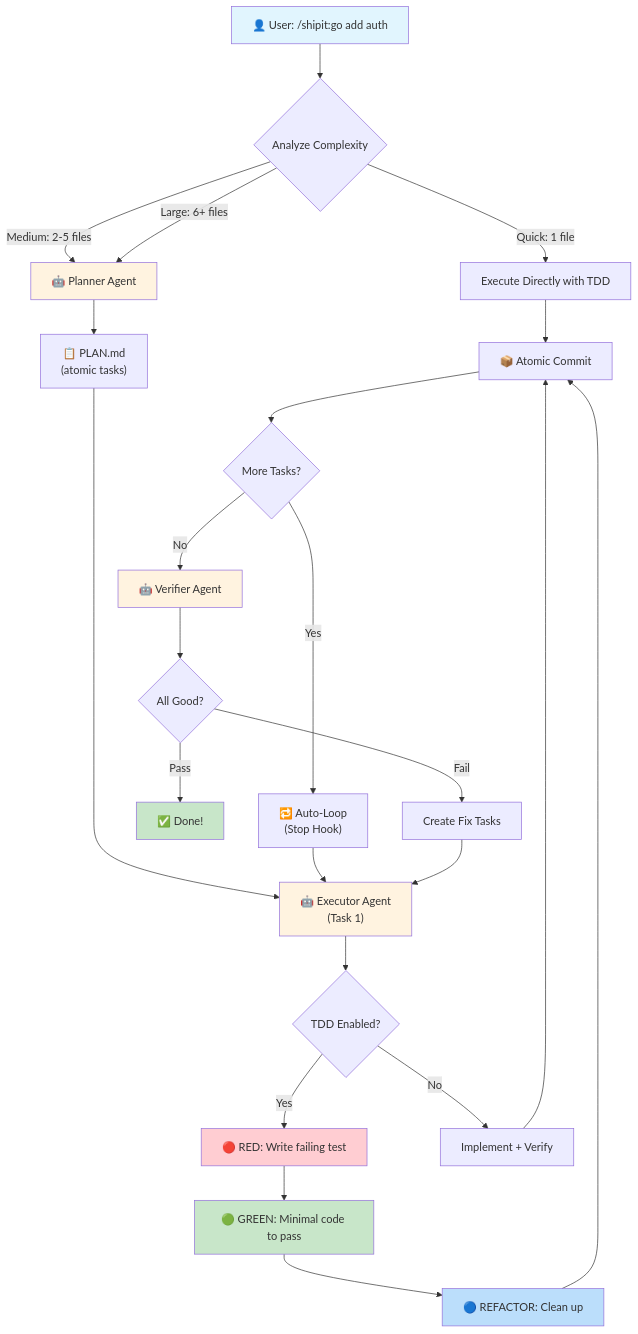
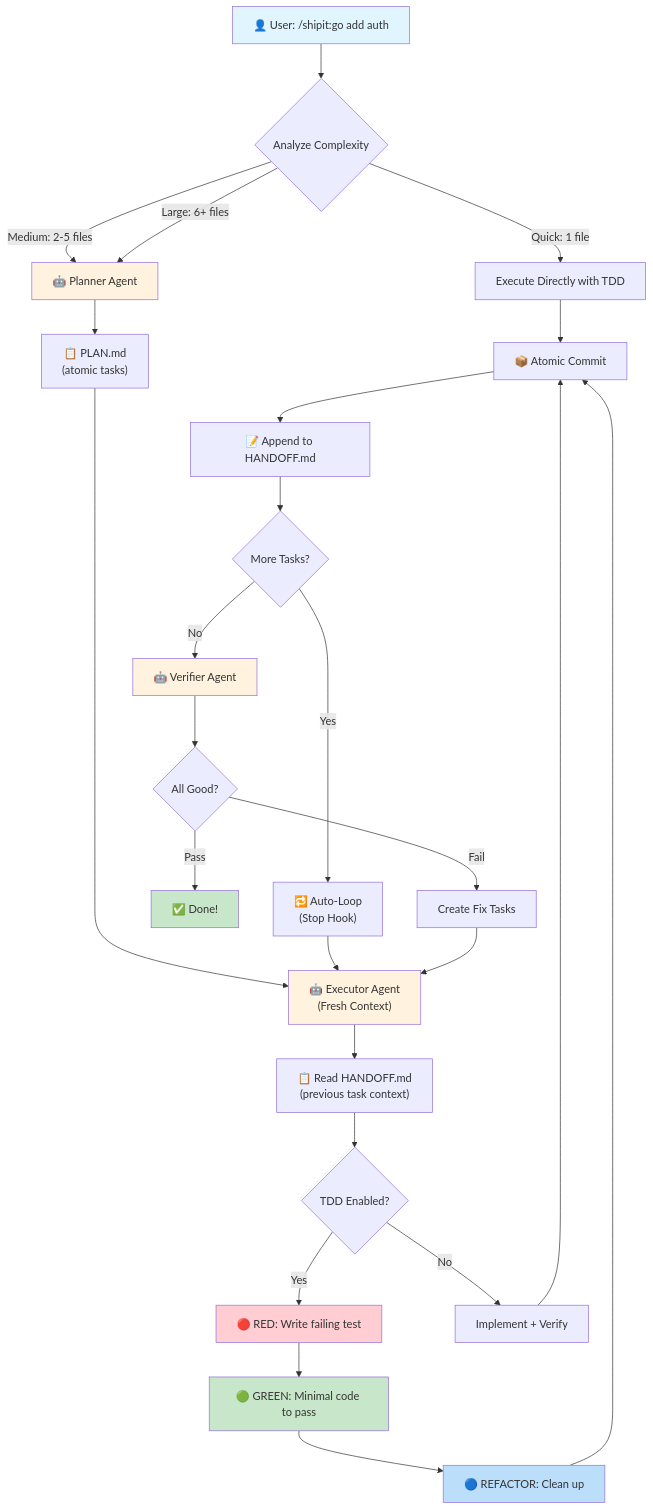
Before and after one commit to praful011/shipit: the first of 5 diagrams in README.md, drawn with Mermaid. The commit also changed other lines of this file and 5 other files, not shown here.

First line of the commit message:
feat: add HANDOFF.md for cross-task context sharing and loop context display

````diff
--- a/README.md
+++ b/README.md
@@ -325,36 +329,38 @@
 ```mermaid
 flowchart TD
     A["👤 User: /shipit:go add auth"] --> B{"Analyze Complexity"}
     B -->|Quick: 1 file| C["Execute Directly with TDD"]
     B -->|Medium: 2-5 files| D["🤖 Planner Agent"]
     B -->|Large: 6+ files| D
 
     D --> E["📋 PLAN.md\n(atomic tasks)"]
-    E --> F["🤖 Executor Agent\n(Task 1)"]
-    F --> G{"TDD Enabled?"}
+    E --> F["🤖 Executor Agent\n(Fresh Context)"]
+    F --> F0["📋 Read HANDOFF.md\n(previous task context)"]
+    F0 --> G{"TDD Enabled?"}
     G -->|Yes| H["🔴 RED: Write failing test"]
     H --> I["🟢 GREEN: Minimal code to pass"]
     I --> J["🔵 REFACTOR: Clean up"]
     G -->|No| K["Implement + Verify"]
     J --> L["📦 Atomic Commit"]
     K --> L
-    L --> M{"More Tasks?"}
+    L --> L0["📝 Append to HANDOFF.md"]
+    L0 --> M{"More Tasks?"}
     M -->|Yes| N["🔁 Auto-Loop\n(Stop Hook)"]
     N --> F
     M -->|No| O["🤖 Verifier Agent"]
     O --> P{"All Good?"}
     P -->|Pass| Q["✅ Done!"]
     P -->|Fail| R["Create Fix Tasks"]
     R --> F
 
     C --> L
 
     style A fill:#e1f5fe
     style Q fill:#c8e6c9
     style D fill:#fff3e0
     style F fill:#fff3e0
     style O fill:#fff3e0
     style H fill:#ffcdd2
     style I fill:#c8e6c9
     style J fill:#bbdefb
 ```
````
